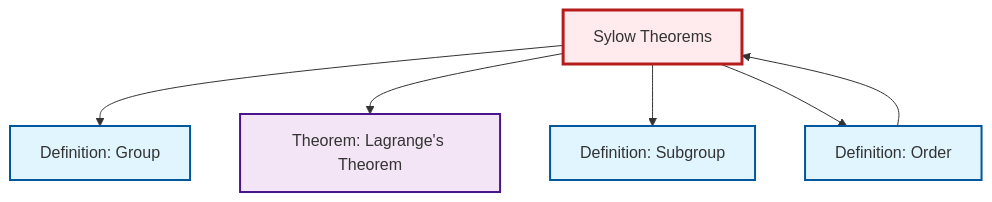
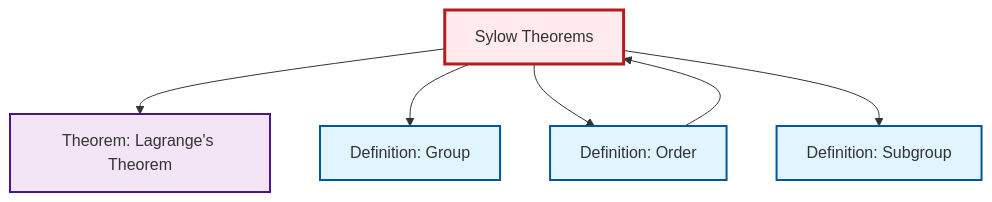
One commit to RK0429/ModernMath changed the diagram in content/en/algebra/thm-sylow.qmd. Above: the diagram before and after it, drawn with Mermaid. The commit also changed other lines of this file and 654 other files, not shown here.

````diff
--- a/content/en/algebra/thm-sylow.qmd
+++ b/content/en/algebra/thm-sylow.qmd
@@ -85,24 +85,24 @@
 ```{mermaid}
 %%| fig-cap: "Local dependency graph"
 graph TD
     classDef definition fill:#e1f5fe,stroke:#01579b,stroke-width:2px
     classDef theorem fill:#f3e5f5,stroke:#4a148c,stroke-width:2px
     classDef axiom fill:#fff3e0,stroke:#e65100,stroke-width:2px
     classDef example fill:#e8f5e9,stroke:#1b5e20,stroke-width:2px
     classDef current fill:#ffebee,stroke:#b71c1c,stroke-width:3px
     def-group["Definition: Group"]:::definition
+    thm-sylow["Sylow Theorems"]:::theorem
+    def-order["Definition: Order"]:::definition
     thm-lagrange["Theorem: Lagrange's Theorem"]:::theorem
     def-subgroup["Definition: Subgroup"]:::definition
-    thm-sylow["Sylow Theorems"]:::theorem
-    def-order["Definition: Order"]:::definition
+    thm-sylow --> thm-lagrange
+    def-order --> thm-sylow
     thm-sylow --> def-group
-    def-order --> thm-sylow
-    thm-sylow --> thm-lagrange
+    thm-sylow --> def-order
     thm-sylow --> def-subgroup
-    thm-sylow --> def-order
     class thm-sylow current
     click def-group "def-group.html" "Go to Group definition"
+    click def-order "def-order.html" "Go to Order definition"
     click thm-lagrange "thm-lagrange.html" "Go to Lagrange's Theorem theorem"
     click def-subgroup "def-subgroup.html" "Go to Subgroup definition"
-    click def-order "def-order.html" "Go to Order definition"
 ```
````
